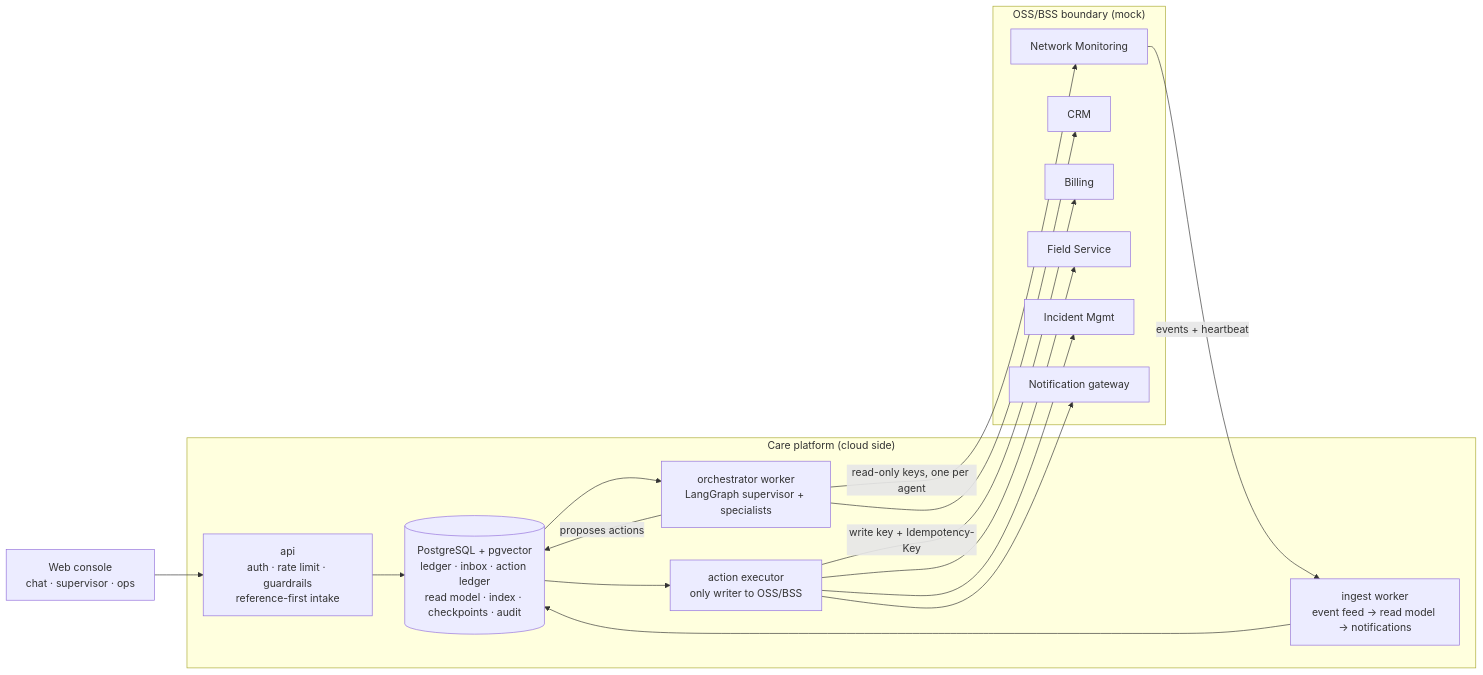
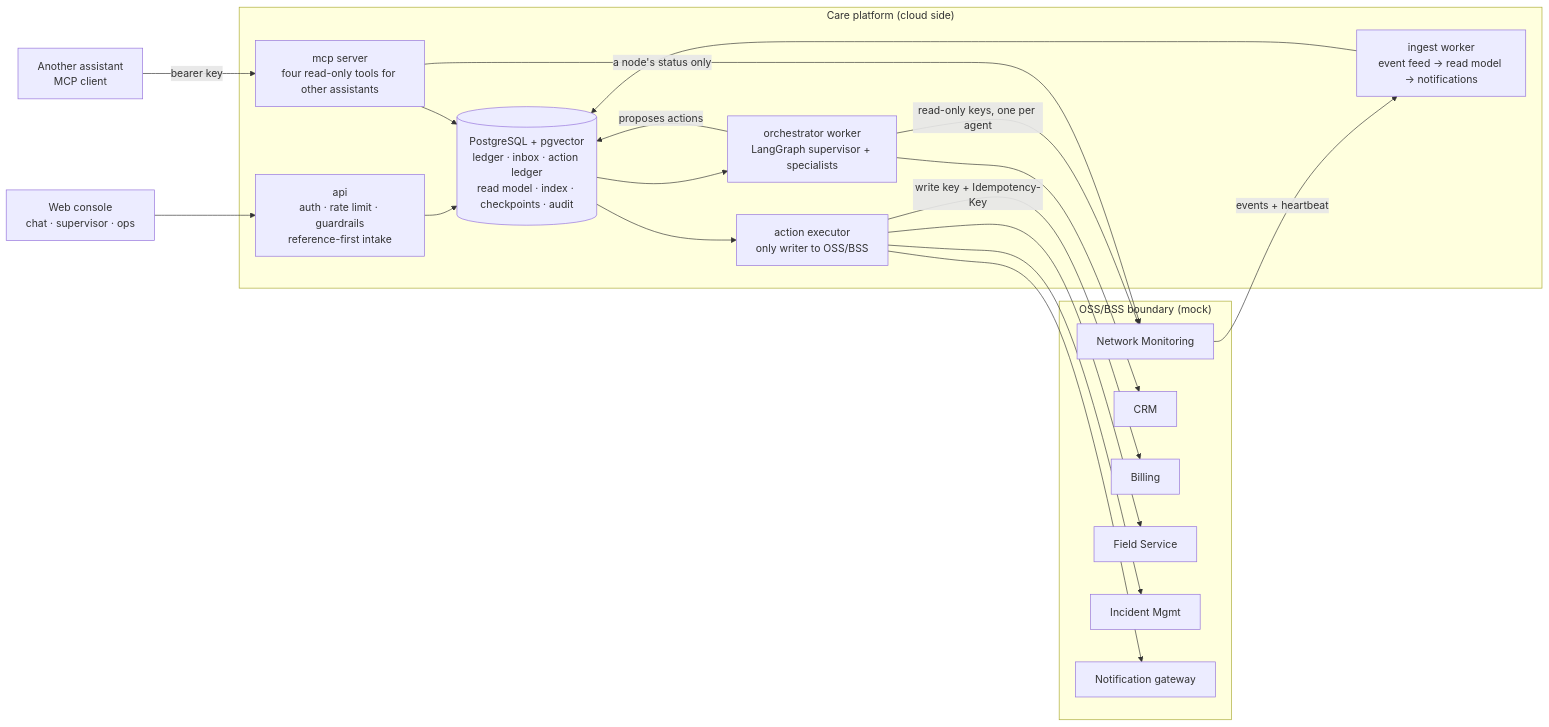
Before and after one commit to cybervava/capstone_telecom: the diagram in docs/EXECUTION_PLAN.md, drawn with Mermaid. The commit also changed other lines of this file and 30 other files, not shown here.

````diff
--- a/docs/EXECUTION_PLAN.md
+++ b/docs/EXECUTION_PLAN.md
@@ -65,30 +65,34 @@
 ```mermaid
 flowchart LR
   UI["Web console<br/>chat · supervisor · ops"]
   subgraph CARE["Care platform (cloud side)"]
     API["api<br/>auth · rate limit · guardrails<br/>reference-first intake"]
     DB[("PostgreSQL + pgvector<br/>ledger · inbox · action ledger<br/>read model · index · checkpoints · audit")]
     ORC["orchestrator worker<br/>LangGraph supervisor + specialists"]
     EXE["action executor<br/>only writer to OSS/BSS"]
     ING["ingest worker<br/>event feed → read model → notifications"]
+    MCP["mcp server<br/>four read-only tools for other assistants"]
   end
   subgraph OSS["OSS/BSS boundary (mock)"]
     NET["Network Monitoring"]
     CRM["CRM"]
     BIL["Billing"]
     FLD["Field Service"]
     INC["Incident Mgmt"]
     NTF["Notification gateway"]
   end
   UI --> API --> DB
   DB --> ORC
   ORC -- "read-only keys, one per agent" --> NET
   ORC --> CRM
   ORC -- "proposes actions" --> DB
   DB --> EXE
   EXE -- "write key + Idempotency-Key" --> BIL
   EXE --> FLD
   EXE --> INC
   EXE --> NTF
   NET -- "events + heartbeat" --> ING --> DB
+  AST["Another assistant<br/>MCP client"] -- "bearer key" --> MCP
+  MCP -- "a node's status only" --> NET
+  MCP --> DB
 ```
````
